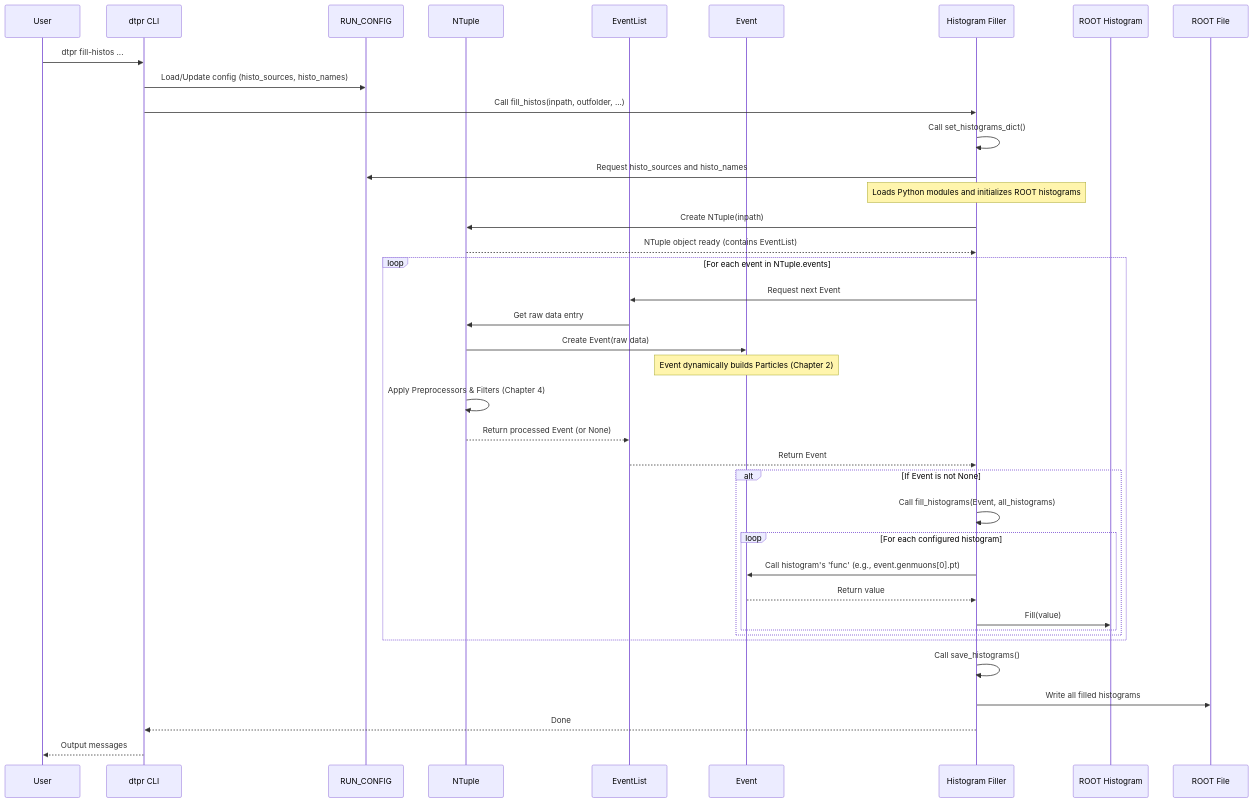
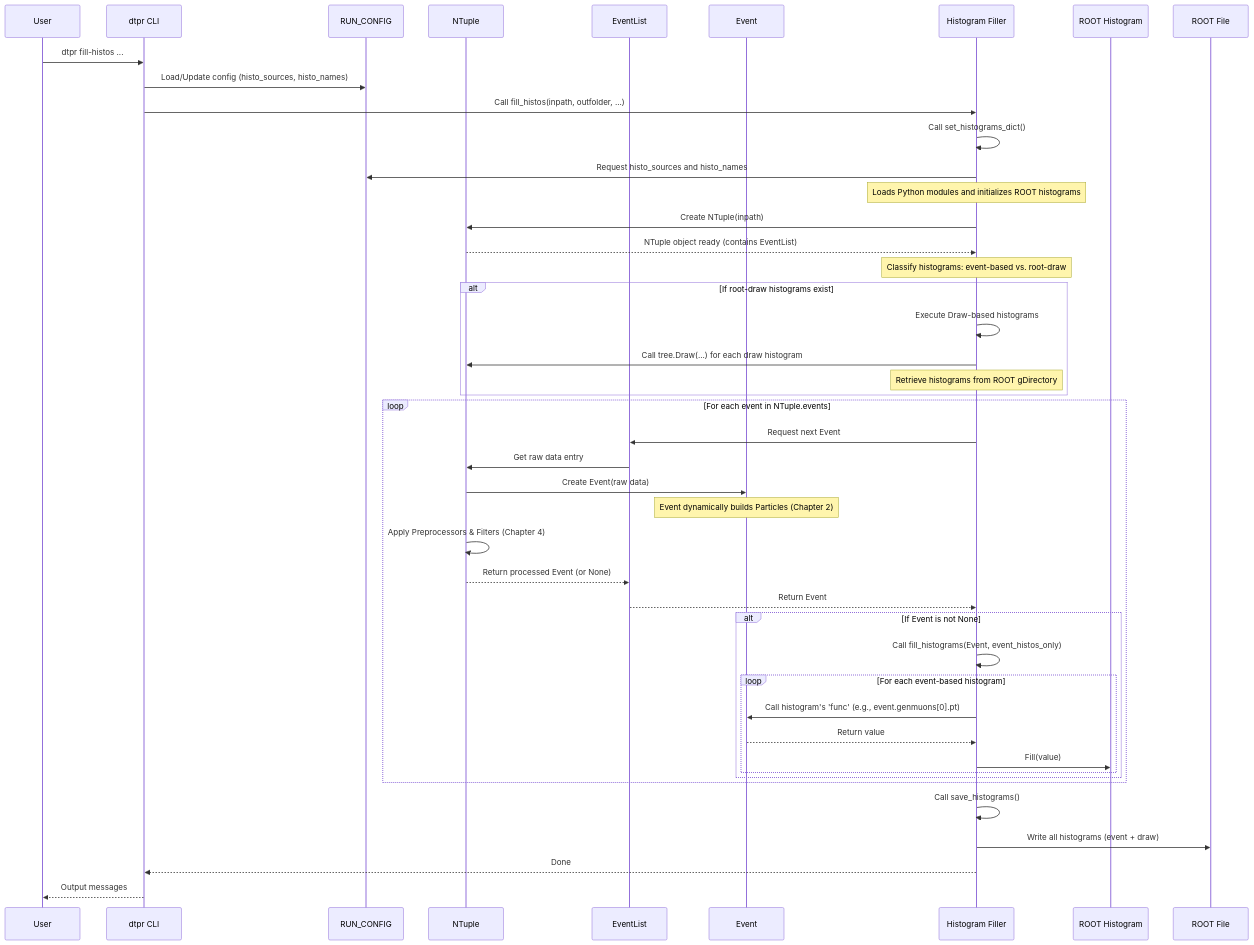
One commit to INTREPID-hep/DTPatternRecognition changed the diagram in docs/src/histogram_filling.rst. Above: the diagram before and after it, drawn with Mermaid. The commit also changed other lines of this file and 6 other files, not shown here.

Commit message:
Feature - ROOT Draw sintax allowed to produce histograms

```diff
--- a/docs/src/histogram_filling.rst
+++ b/docs/src/histogram_filling.rst
@@ -154,45 +278,53 @@
 .. mermaid::
     :name: histogram_filling_diagram
     :align: center
     :zoom: true
 
     sequenceDiagram
         participant User
         participant dtpr CLI
         participant RUN_CONFIG
         participant NTuple
         participant EventList
         participant Event
         participant Histogram Filler
 
         User->>dtpr CLI: dtpr fill-histos ...
         dtpr CLI->>RUN_CONFIG: Load/Update config (histo_sources, histo_names)
         dtpr CLI->>Histogram Filler: Call fill_histos(inpath, outfolder, ...)
         Histogram Filler->>Histogram Filler: Call set_histograms_dict()
         Histogram Filler->>RUN_CONFIG: Request histo_sources and histo_names
         Note over Histogram Filler: Loads Python modules and initializes ROOT histograms
         Histogram Filler->>NTuple: Create NTuple(inpath)
         NTuple-->>Histogram Filler: NTuple object ready (contains EventList)
 
+        Note over Histogram Filler: Classify histograms: event-based vs. root-draw
+
+        alt If root-draw histograms exist
+            Histogram Filler->>Histogram Filler: Execute Draw-based histograms
+            Histogram Filler->>NTuple: Call tree.Draw(...) for each draw histogram
+            Note over Histogram Filler: Retrieve histograms from ROOT gDirectory
+        end
+
         loop For each event in NTuple.events
             Histogram Filler->>EventList: Request next Event
             EventList->>NTuple: Get raw data entry
             NTuple->>Event: Create Event(raw data)
             Note over Event: Event dynamically builds Particles (Chapter 2)
             NTuple->>NTuple: Apply Preprocessors & Filters (Chapter 4)
             NTuple-->>EventList: Return processed Event (or None)
             EventList-->>Histogram Filler: Return Event
 
             alt If Event is not None
-                Histogram Filler->>Histogram Filler: Call fill_histograms(Event, all_histograms)
-                loop For each configured histogram
+                Histogram Filler->>Histogram Filler: Call fill_histograms(Event, event_histos_only)
+                loop For each event-based histogram
                     Histogram Filler->>Event: Call histogram's 'func' (e.g., event.genmuons[0].pt)
                     Event-->>Histogram Filler: Return value
                     Histogram Filler->>ROOT Histogram: Fill(value)
                 end
             end
         end
         Histogram Filler->>Histogram Filler: Call save_histograms()
-        Histogram Filler->>ROOT File: Write all filled histograms
+        Histogram Filler->>ROOT File: Write all histograms (event + draw)
         Histogram Filler-->>dtpr CLI: Done
         dtpr CLI-->>User: Output messages
```
